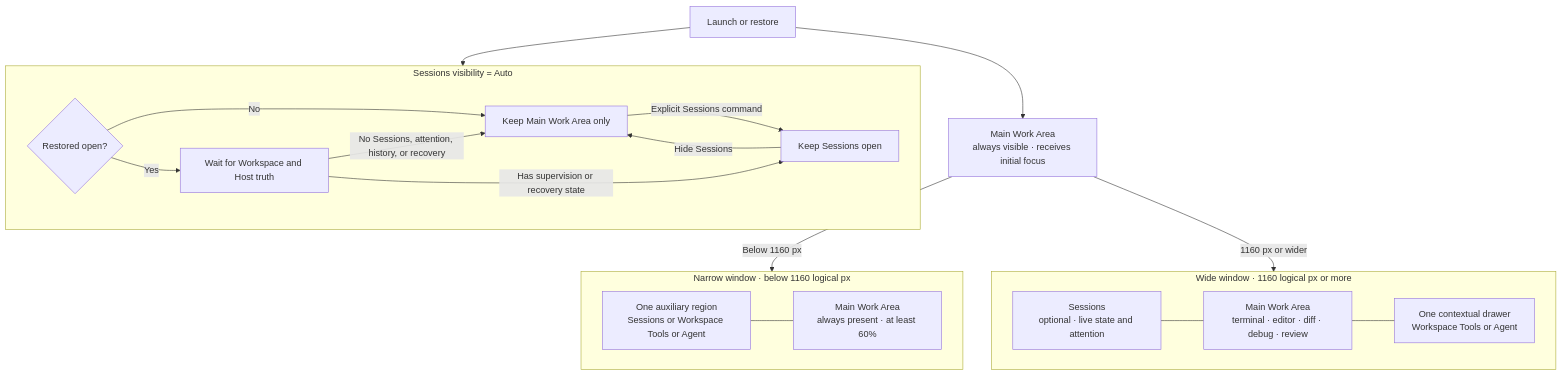
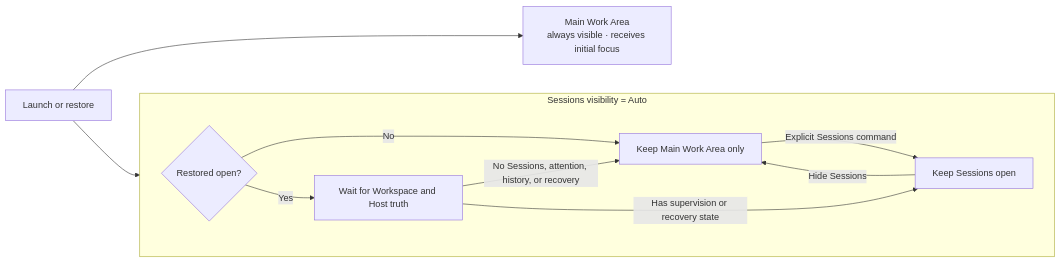
Before and after one commit to Oreoro/dez: the third of 3 diagrams in docs/src/development/dez/fork-notes.md, drawn with Mermaid. The commit also changed other lines of this file and 6 other files, not shown here.

Commit message:
Simplify Sessions to one utility menu

````diff
--- a/docs/src/development/dez/fork-notes.md
+++ b/docs/src/development/dez/fork-notes.md
@@ -74,38 +119,20 @@
 ```mermaid
-flowchart TB
+flowchart LR
     START["Launch or restore"] --> PRIMARY["Main Work Area<br/>always visible · receives initial focus"]
-
-    subgraph WIDE["Wide window · 1160 logical px or more"]
-        direction LR
-        WS["Sessions<br/>optional · live state and attention"]
-        WM["Main Work Area<br/>terminal · editor · diff · debug · review"]
-        WD["One contextual drawer<br/>Workspace Tools or Agent"]
-        WS --- WM --- WD
-    end
-
-    subgraph NARROW["Narrow window · below 1160 logical px"]
-        direction LR
-        FA["One auxiliary region<br/>Sessions or Workspace Tools or Agent"]
-        FM["Main Work Area<br/>always present · at least 60%"]
-        FA --- FM
-    end
-
-    PRIMARY -->|1160 px or wider| WM
-    PRIMARY -->|Below 1160 px| FM
 
     subgraph AUTO["Sessions visibility = Auto"]
         direction LR
         RESTORED{"Restored open?"}
         WAIT["Wait for Workspace and Host truth"]
         CLOSED["Keep Main Work Area only"]
         OPEN["Keep Sessions open"]
         RESTORED -->|No| CLOSED
         RESTORED -->|Yes| WAIT
         WAIT -->|No Sessions, attention, history, or recovery| CLOSED
         WAIT -->|Has supervision or recovery state| OPEN
         CLOSED -->|Explicit Sessions command| OPEN
         OPEN -->|Hide Sessions| CLOSED
     end
 
     START --> RESTORED
 ```
````
